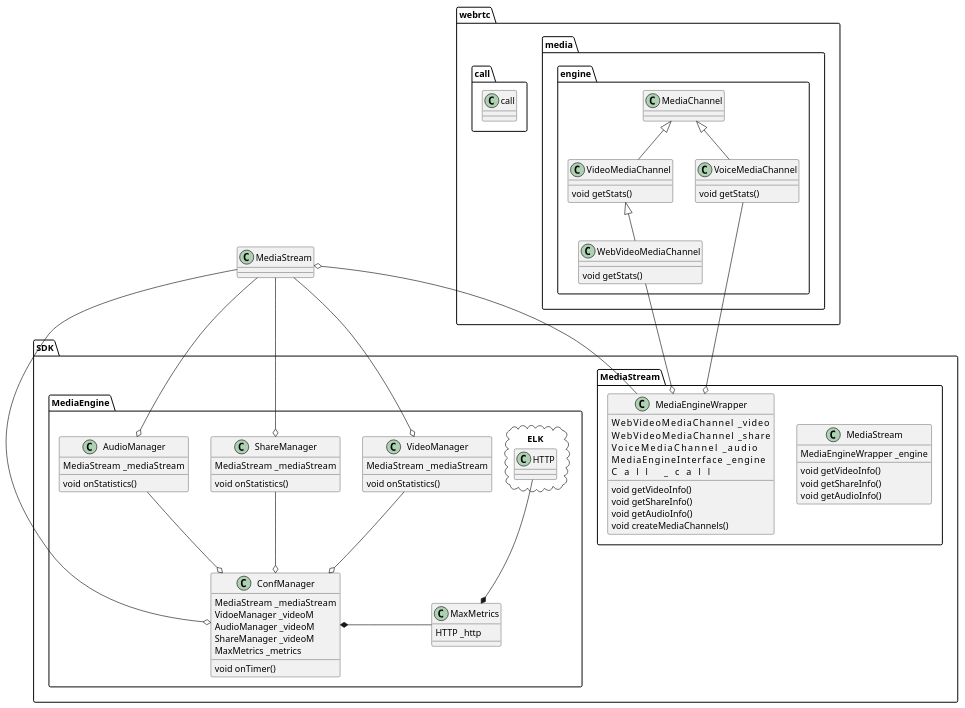
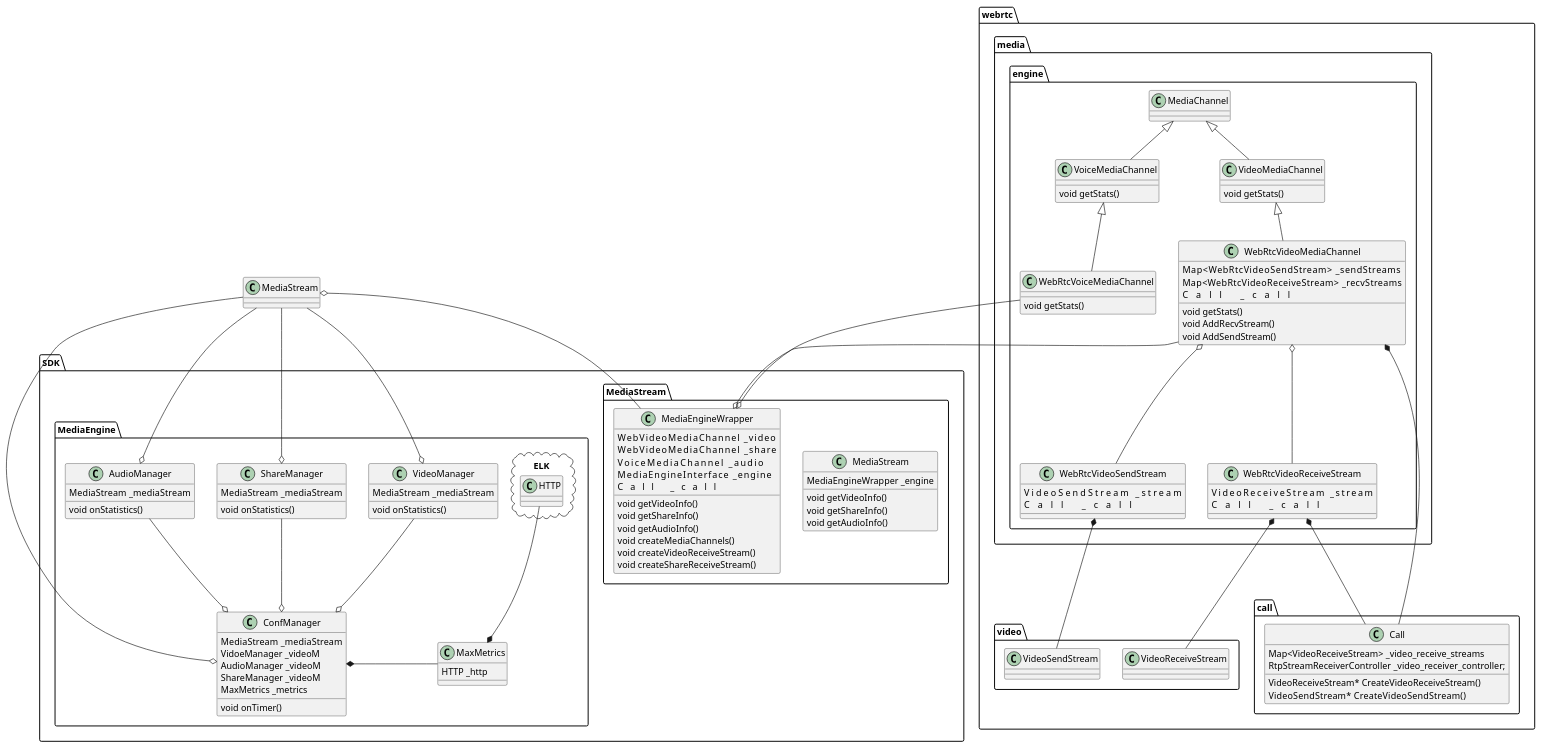
Before and after one commit to hjybdrs/hjybdrs.github.io: the diagram in source/_posts/sdkUML/sdk.plantuml, drawn with PlantUML.

Commit message:
[modify][what] update sdk

```diff
--- a/source/_posts/sdkUML/sdk.plantuml
+++ b/source/_posts/sdkUML/sdk.plantuml
@@ -1,131 +1,181 @@
 @startuml
 
 package "webrtc"
 {
+
+    package "call"
+    {
+        class Call
+        {
+            Map<VideoReceiveStream> _video_receive_streams
+            RtpStreamReceiverController _video_receiver_controller;
+            VideoReceiveStream* CreateVideoReceiveStream()
+            VideoSendStream*    CreateVideoSendStream()
+        }
+    }
+
+    package "video"
+    {
+        class VideoReceiveStream
+        {
+
+        }
+
+        class VideoSendStream
+        {
+
+        }
+    }
+
     package "media.engine"
     {
         class VideoMediaChannel
         {
             void getStats()
         }
 
-        class WebVideoMediaChannel
+        class WebRtcVideoMediaChannel
         {
+            Map<WebRtcVideoSendStream>          _sendStreams
+            Map<WebRtcVideoReceiveStream>       _recvStreams
+            Call                                _call
             void getStats()
+            void AddRecvStream()
+            void AddSendStream()
+        }
+
+        class WebRtcVideoReceiveStream
+        {
+            VideoReceiveStream                  _stream
+            Call                                _call
+        }
+
+        class WebRtcVideoSendStream
+        {
+            VideoSendStream                     _stream
+            Call                                _call
         }
 
         class VoiceMediaChannel
         {
             void getStats()
         }
+
+        class WebRtcVoiceMediaChannel
+        {
+            void getStats()
+        }
+
         class MediaChannel
         {
             
         }
 
+
         MediaChannel <|-- VoiceMediaChannel
         MediaChannel <|-- VideoMediaChannel
-        VideoMediaChannel <|-- WebVideoMediaChannel
+        VideoMediaChannel <|-- WebRtcVideoMediaChannel
+        VoiceMediaChannel <|-- WebRtcVoiceMediaChannel
+
+        WebRtcVideoMediaChannel o-- WebRtcVideoReceiveStream
+        WebRtcVideoMediaChannel o-- WebRtcVideoSendStream
+        WebRtcVideoReceiveStream *-- VideoReceiveStream
+        WebRtcVideoSendStream *-- VideoSendStream
+        WebRtcVideoMediaChannel *-- Call
+        WebRtcVideoReceiveStream *-- Call
     }
 
-    package "call"
-    {
-        class call
-        {
-
-        }
-    }
-
-    
 }
 
 package "SDK"
 {
     package "MediaStream"
     {
         class MediaStream
         {
             MediaEngineWrapper _engine
             void getVideoInfo()
             void getShareInfo()
             void getAudioInfo()
         }
         
         class MediaEngineWrapper
         {
             WebVideoMediaChannel            _video
             WebVideoMediaChannel            _share
             VoiceMediaChannel               _audio
             MediaEngineInterface            _engine
             Call                            _call
             void getVideoInfo()
             void getShareInfo()
             void getAudioInfo()
             void createMediaChannels()
+            void createVideoReceiveStream()
+            void createShareReceiveStream()
         }
 
     }
 
     package "MediaEngine"
     {
 
         class VideoManager
         {
             MediaStream  _mediaStream
             void onStatistics()
         }
 
         class ShareManager
         {
             MediaStream  _mediaStream
             void onStatistics()
         }
 
         class AudioManager
         {
             MediaStream  _mediaStream
             void onStatistics()
         }
 
         class MaxMetrics
         {
             HTTP _http
         }
         
         package ELK <<Cloud>>
         {
             class HTTP
         }
         
         class ConfManager
         { 
             MediaStream  _mediaStream
             VidoeManager _videoM
             AudioManager _videoM
             ShareManager _videoM
             MaxMetrics _metrics
             void onTimer()
         }
     }
 
 }
 
 
 
-WebVideoMediaChannel --o MediaEngineWrapper
-VoiceMediaChannel --o MediaEngineWrapper
+WebRtcVideoMediaChannel --o MediaEngineWrapper
+WebRtcVoiceMediaChannel --o MediaEngineWrapper
 
 MediaEngineWrapper --o MediaStream
 
 VideoManager --o ConfManager
 ShareManager --o ConfManager
 AudioManager --o ConfManager
 
 MediaStream --o VideoManager
 MediaStream --o ShareManager
 MediaStream --o AudioManager
 MediaStream --o ConfManager
 HTTP  --* MaxMetrics
 MaxMetrics -left-* ConfManager
 
 @enduml
```
